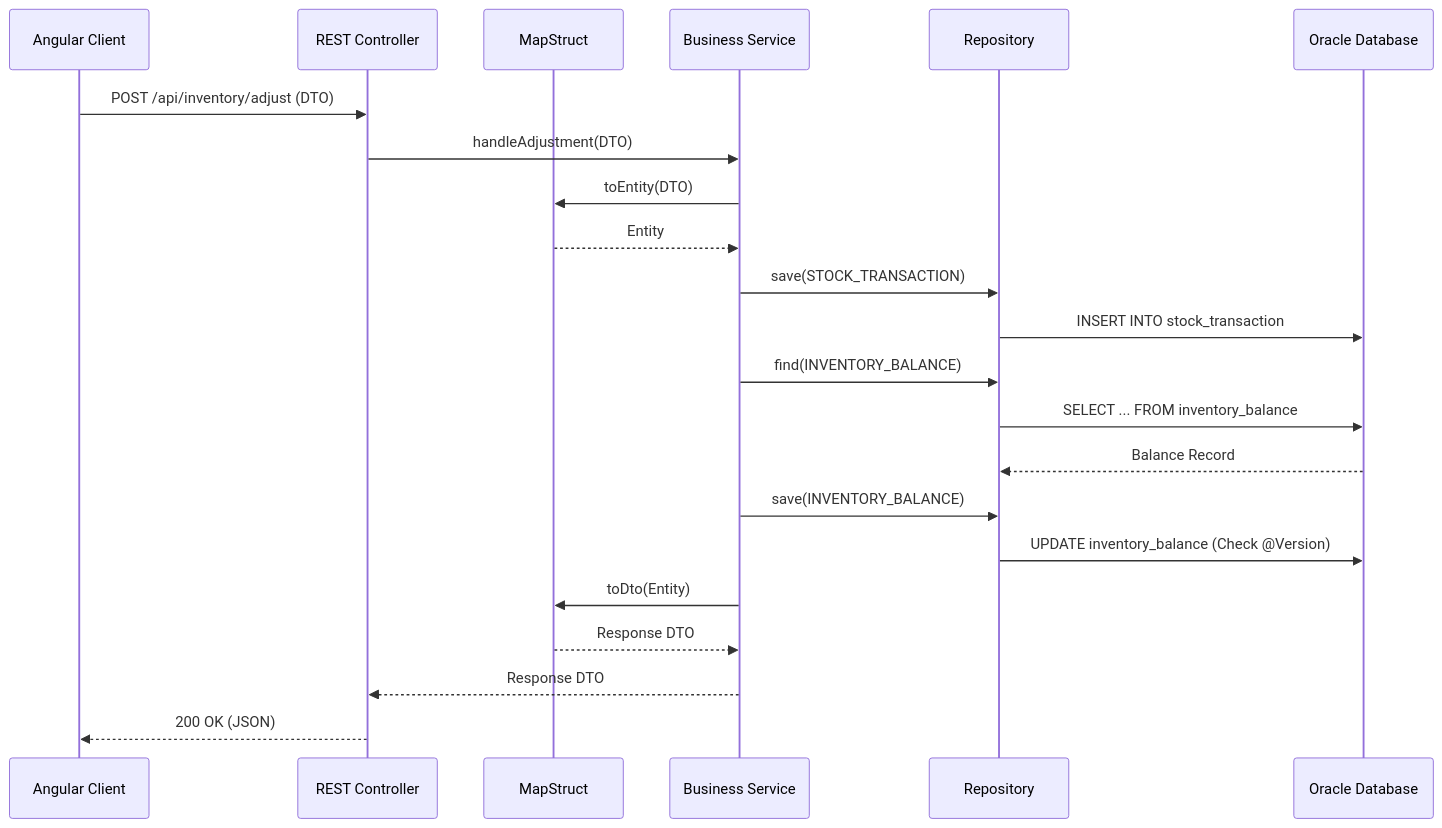
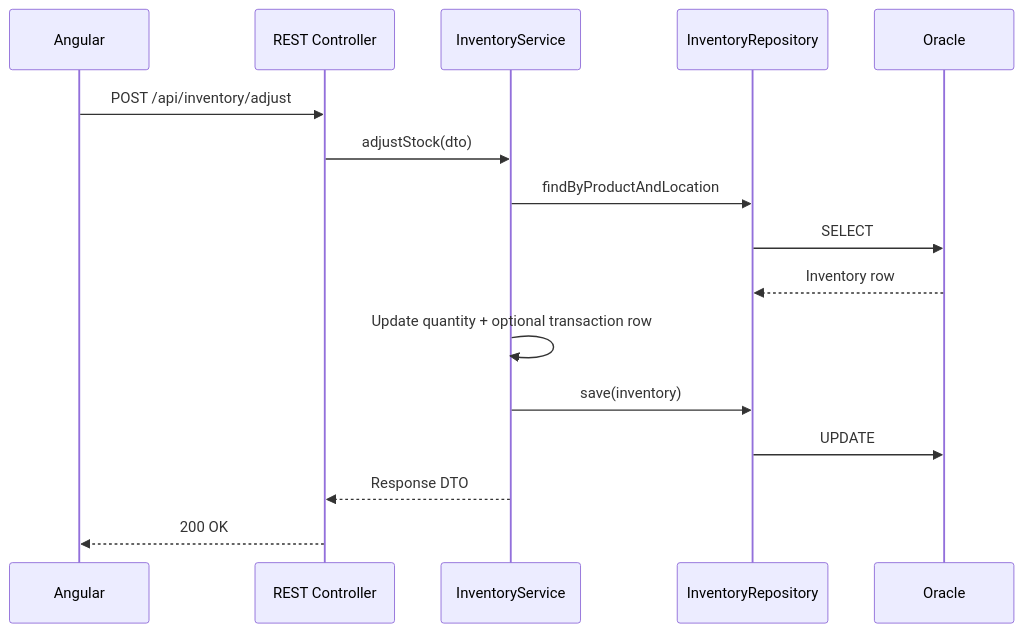
The fourth of 6 diagrams in docs/architecture.md (kirtika-0102/StockSmart), drawn with Mermaid before and after one commit. The commit also changed other lines of this file and 74 other files, not shown here.

Commit message:
architecture of application

````diff
--- a/docs/architecture.md
+++ b/docs/architecture.md
@@ -133,25 +141,19 @@
 ```mermaid
 sequenceDiagram
-    participant Client as Angular Client
+    participant Client as Angular
     participant Controller as REST Controller
-    participant Mapper as MapStruct
-    participant Service as Business Service
-    participant Repo as Repository
-    participant DB as Oracle Database
+    participant Service as InventoryService
+    participant Repo as InventoryRepository
+    participant DB as Oracle
 
-    Client->>Controller: POST /api/inventory/adjust (DTO)
-    Controller->>Service: handleAdjustment(DTO)
-    Service->>Mapper: toEntity(DTO)
-    Mapper-->>Service: Entity
-    Service->>Repo: save(STOCK_TRANSACTION)
-    Repo->>DB: INSERT INTO stock_transaction
-    Service->>Repo: find(INVENTORY_BALANCE)
-    Repo->>DB: SELECT ... FROM inventory_balance
-    DB-->>Repo: Balance Record
-    Service->>Repo: save(INVENTORY_BALANCE)
-    Repo->>DB: UPDATE inventory_balance (Check @Version)
-    Service->>Mapper: toDto(Entity)
-    Mapper-->>Service: Response DTO
+    Client->>Controller: POST /api/inventory/adjust
+    Controller->>Service: adjustStock(dto)
+    Service->>Repo: findByProductAndLocation
+    Repo->>DB: SELECT
+    DB-->>Repo: Inventory row
+    Service->>Service: Update quantity + optional transaction row
+    Service->>Repo: save(inventory)
+    Repo->>DB: UPDATE
     Service-->>Controller: Response DTO
-    Controller-->>Client: 200 OK (JSON)
+    Controller-->>Client: 200 OK
 ```
````
